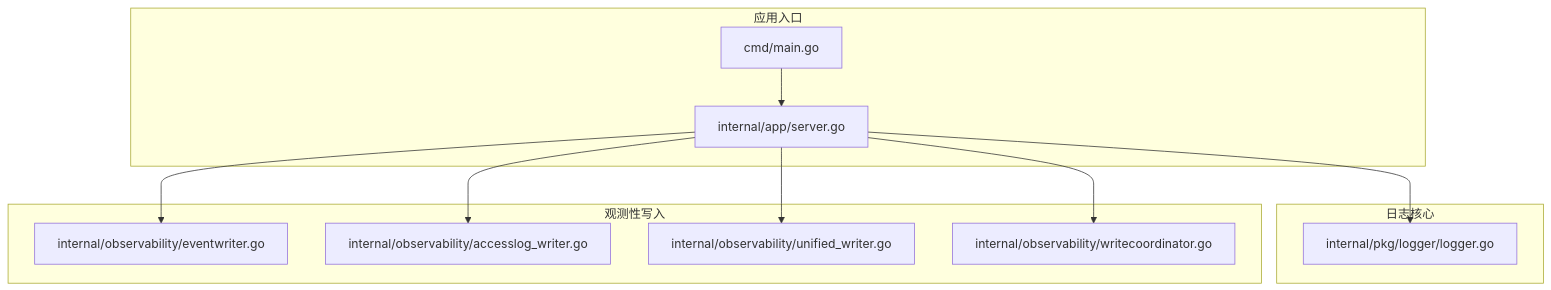
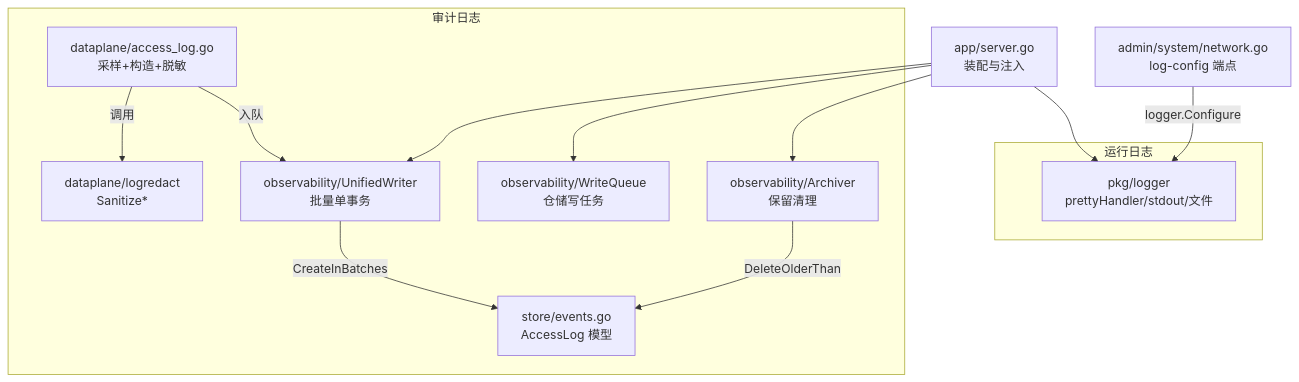
One commit to x01n/My-OpenWaf changed the first of 4 diagrams in docs/监控与可观测性/日志管理系统.md. Above: the diagram before and after it, drawn with Mermaid. The commit also changed other lines of this file and 622 other files, not shown here.

````diff
--- a/docs/监控与可观测性/日志管理系统.md
+++ b/docs/监控与可观测性/日志管理系统.md
@@ -41,22 +59,25 @@
 ```mermaid
 graph TB
-subgraph "日志核心"
-L["internal/pkg/logger/logger.go"]
+subgraph "运行日志"
+LOG["pkg/logger<br/>prettyHandler/stdout/文件"]
 end
-subgraph "观测性写入"
-EW["internal/observability/eventwriter.go"]
-ALW["internal/observability/accesslog_writer.go"]
-UW["internal/observability/unified_writer.go"]
-WC["internal/observability/writecoordinator.go"]
+subgraph "审计日志"
+AL["dataplane/access_log.go<br/>采样+构造+脱敏"]
+LR["dataplane/logredact<br/>Sanitize*"]
+UW["observability/UnifiedWriter<br/>批量单事务"]
+WQ["observability/WriteQueue<br/>仓储写任务"]
+ARCH["observability/Archiver<br/>保留清理"]
+EV["store/events.go<br/>AccessLog 模型"]
 end
-subgraph "应用入口"
-CM["cmd/main.go"]
-AS["internal/app/server.go"]
-end
-CM --> AS
-AS --> L
-AS --> EW
-AS --> ALW
-AS --> UW
-AS --> WC
+CFG["admin/system/network.go<br/>log-config 端点"]
+SRV["app/server.go<br/>装配与注入"]
+AL -->|调用| LR
+AL -->|入队| UW
+UW -->|CreateInBatches| EV
+ARCH -->|DeleteOlderThan| EV
+SRV --> LOG
+SRV --> UW
+SRV --> WQ
+SRV --> ARCH
+CFG -->|logger.Configure| LOG
 ```
````
